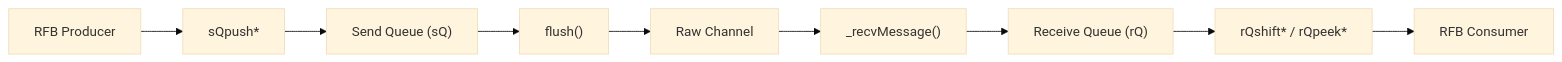
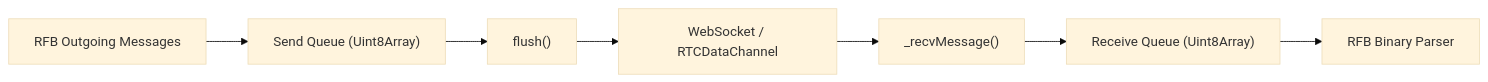
The second of 7 diagrams in docs/reference/architecture/websock/websock.md (Ylianst/MeshCentral), drawn with Mermaid (base theme) before and after one commit. The commit also changed other lines of this file and 642 other files, not shown here.

````diff
--- a/docs/reference/architecture/websock/websock.md
+++ b/docs/reference/architecture/websock/websock.md
@@ -72,12 +82,10 @@
 ```mermaid
 flowchart LR
-    RawChannel["Raw Channel"] --> RecvHandler["_recvMessage()"]
-    RecvHandler --> RQ["Receive Queue (rQ)"]
-    RQ --> RQReader["rQshift* / rQpeek*"]
-    RQReader --> RFBConsumer["RFB Consumer"]
+    RawChannel["WebSocket / RTCDataChannel"] --> RecvHandler["_recvMessage()"]
+    RecvHandler --> RQ["Receive Queue (Uint8Array)"]
+    RQ --> Parser["RFB Binary Parser"]
 
-    RFBProducer["RFB Producer"] --> SQPush["sQpush*"]
-    SQPush --> SQ["Send Queue (sQ)"]
+    RFBWriter["RFB Outgoing Messages"] --> SQ["Send Queue (Uint8Array)"]
     SQ --> Flush["flush()"]
     Flush --> RawChannel
 ```
````
